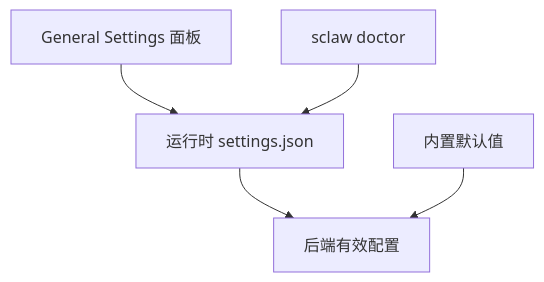
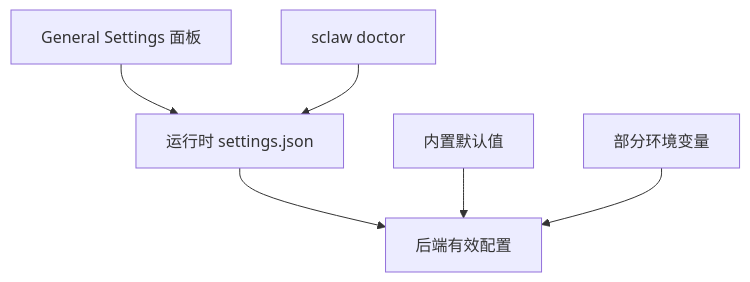
One commit to structureclaw/structureclaw changed the second of 3 diagrams in docs/handbook_CN.md. Above: the diagram before and after it, drawn with Mermaid. The commit also changed other lines of this file and 8 other files, not shown here.

````diff
--- a/docs/handbook_CN.md
+++ b/docs/handbook_CN.md
@@ -180,7 +182,8 @@
 ```mermaid
 flowchart TD
   Settings[运行时 settings.json] --> Effective[后端有效配置]
   Defaults[内置默认值] --> Effective
+  Env[部分环境变量] --> Effective
   UI[General Settings 面板] --> Settings
   Doctor[sclaw doctor] --> Settings
 ```
````
